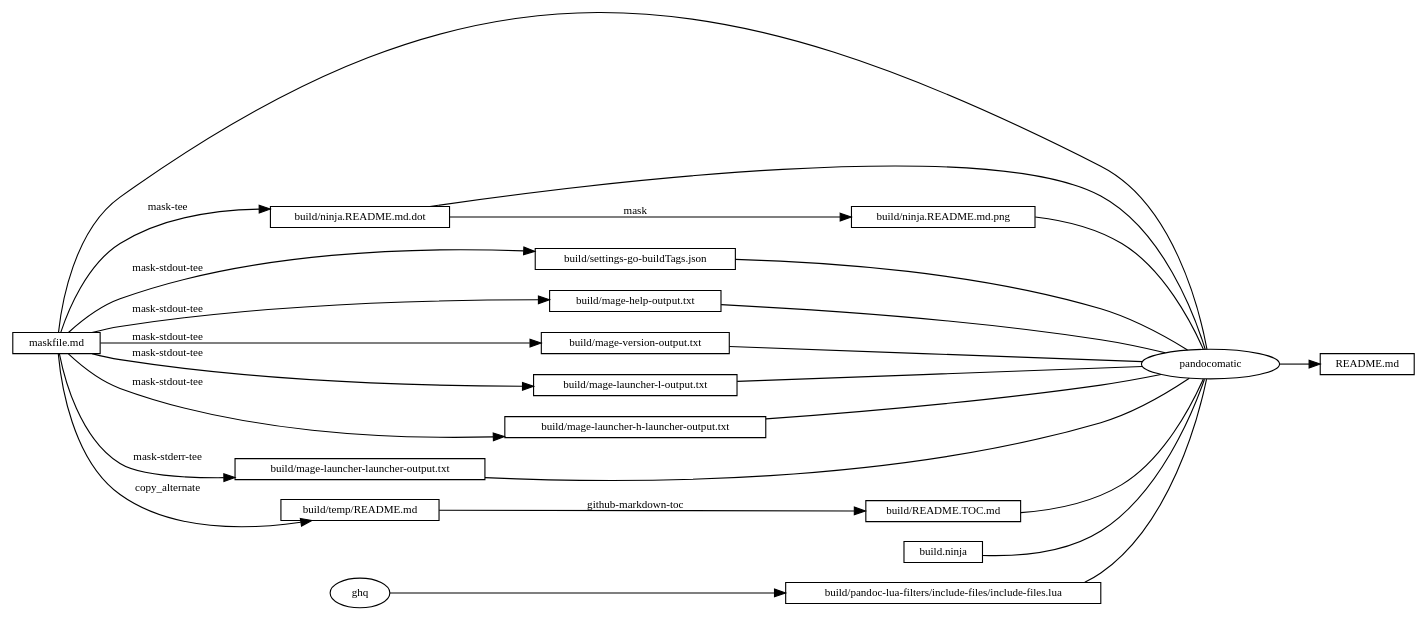
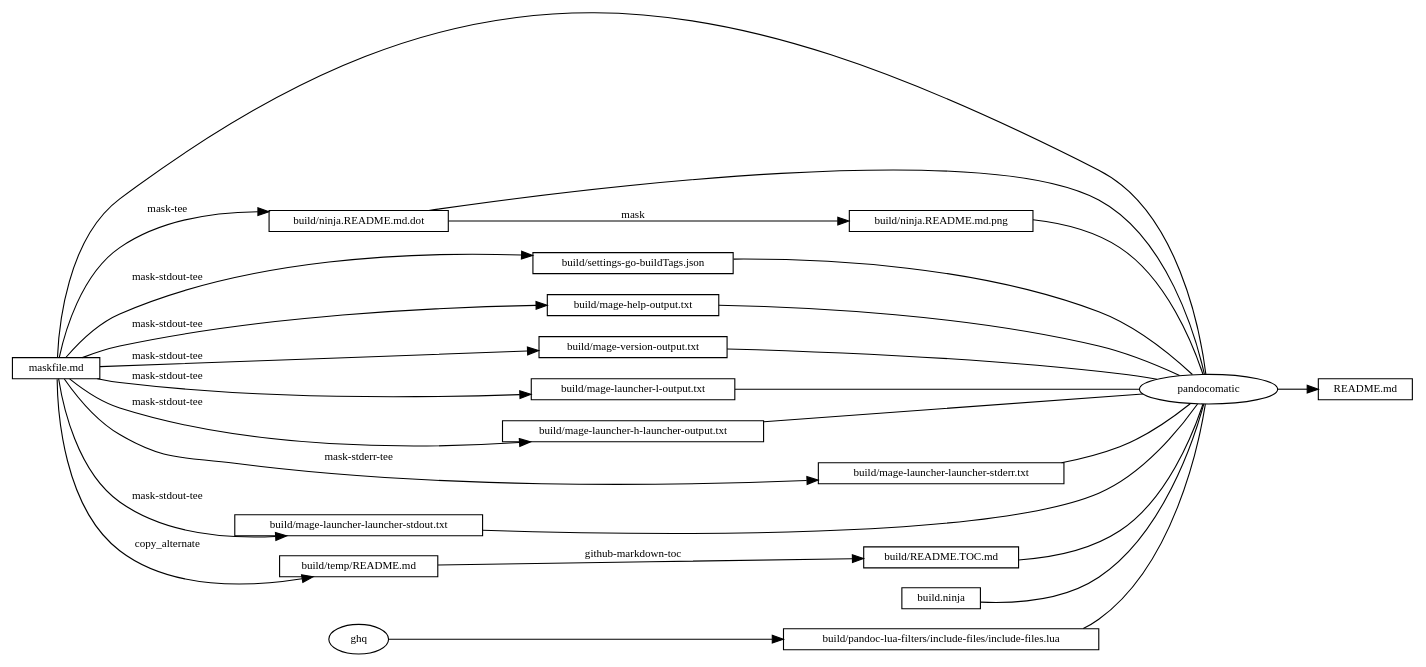
The diagram in mage/build/ninja.README.md.dot (huzhenghui/mask-awesome), drawn with Graphviz before and after one commit. The commit also changed 9 other files, not shown here.

Commit message:
rename stderr and add stdout

```diff
--- a/mage/build/ninja.README.md.dot
+++ b/mage/build/ninja.README.md.dot
@@ -1,45 +1,48 @@
 digraph ninja {
 rankdir="LR"
 node [fontsize=10, shape=box, height=0.25]
 edge [fontsize=10]
-"0x7ff0ff5059a0" [label="README.md"]
-"0x7ff0ff5058e0" [label="pandocomatic", shape=ellipse]
-"0x7ff0ff5058e0" -> "0x7ff0ff5059a0"
-"0x7ff0ff5042b0" -> "0x7ff0ff5058e0" [arrowhead=none]
-"0x7ff0ff505a60" -> "0x7ff0ff5058e0" [arrowhead=none]
-"0x7ff0ff5041f0" -> "0x7ff0ff5058e0" [arrowhead=none]
-"0x7ff0ff504540" -> "0x7ff0ff5058e0" [arrowhead=none]
-"0x7ff0ff504800" -> "0x7ff0ff5058e0" [arrowhead=none]
-"0x7ff0ff504ac0" -> "0x7ff0ff5058e0" [arrowhead=none]
-"0x7ff0ff504d10" -> "0x7ff0ff5058e0" [arrowhead=none]
-"0x7ff0ff504f00" -> "0x7ff0ff5058e0" [arrowhead=none]
-"0x7ff0ff5050b0" -> "0x7ff0ff5058e0" [arrowhead=none]
-"0x7ff0ff505340" -> "0x7ff0ff5058e0" [arrowhead=none]
-"0x7ff0ff505530" -> "0x7ff0ff5058e0" [arrowhead=none]
-"0x7ff0ff5056e0" -> "0x7ff0ff5058e0" [arrowhead=none]
-"0x7ff0ff5042b0" [label="maskfile.md"]
-"0x7ff0ff505a60" [label="build.ninja"]
-"0x7ff0ff5041f0" [label="build/ninja.README.md.dot"]
-"0x7ff0ff5042b0" -> "0x7ff0ff5041f0" [label=" mask-tee"]
-"0x7ff0ff504540" [label="build/ninja.README.md.png"]
-"0x7ff0ff5041f0" -> "0x7ff0ff504540" [label=" mask"]
-"0x7ff0ff504800" [label="build/pandoc-lua-filters/include-files/include-files.lua"]
-"0x7ff0ff504790" [label="ghq", shape=ellipse]
-"0x7ff0ff504790" -> "0x7ff0ff504800"
-"0x7ff0ff504ac0" [label="build/README.TOC.md"]
-"0x7ff0ff5049a0" -> "0x7ff0ff504ac0" [label=" github-markdown-toc"]
-"0x7ff0ff5049a0" [label="build/temp/README.md"]
-"0x7ff0ff5042b0" -> "0x7ff0ff5049a0" [label=" copy_alternate"]
-"0x7ff0ff504d10" [label="build/settings-go-buildTags.json"]
-"0x7ff0ff5042b0" -> "0x7ff0ff504d10" [label=" mask-stdout-tee"]
-"0x7ff0ff504f00" [label="build/mage-help-output.txt"]
-"0x7ff0ff5042b0" -> "0x7ff0ff504f00" [label=" mask-stdout-tee"]
-"0x7ff0ff5050b0" [label="build/mage-version-output.txt"]
-"0x7ff0ff5042b0" -> "0x7ff0ff5050b0" [label=" mask-stdout-tee"]
-"0x7ff0ff505340" [label="build/mage-launcher-l-output.txt"]
-"0x7ff0ff5042b0" -> "0x7ff0ff505340" [label=" mask-stdout-tee"]
-"0x7ff0ff505530" [label="build/mage-launcher-h-launcher-output.txt"]
-"0x7ff0ff5042b0" -> "0x7ff0ff505530" [label=" mask-stdout-tee"]
-"0x7ff0ff5056e0" [label="build/mage-launcher-launcher-output.txt"]
-"0x7ff0ff5042b0" -> "0x7ff0ff5056e0" [label=" mask-stderr-tee"]
+"0x7fe03c408dc0" [label="README.md"]
+"0x7fe03c408d50" [label="pandocomatic", shape=ellipse]
+"0x7fe03c408d50" -> "0x7fe03c408dc0"
+"0x7fe03c407540" -> "0x7fe03c408d50" [arrowhead=none]
+"0x7fe03c4091e0" -> "0x7fe03c408d50" [arrowhead=none]
+"0x7fe03c407490" -> "0x7fe03c408d50" [arrowhead=none]
+"0x7fe03c407700" -> "0x7fe03c408d50" [arrowhead=none]
+"0x7fe03c4079f0" -> "0x7fe03c408d50" [arrowhead=none]
+"0x7fe03c407ca0" -> "0x7fe03c408d50" [arrowhead=none]
+"0x7fe03c407ee0" -> "0x7fe03c408d50" [arrowhead=none]
+"0x7fe03c4080d0" -> "0x7fe03c408d50" [arrowhead=none]
+"0x7fe03c408280" -> "0x7fe03c408d50" [arrowhead=none]
+"0x7fe03c408540" -> "0x7fe03c408d50" [arrowhead=none]
+"0x7fe03c408740" -> "0x7fe03c408d50" [arrowhead=none]
+"0x7fe03c4088f0" -> "0x7fe03c408d50" [arrowhead=none]
+"0x7fe03c408b30" -> "0x7fe03c408d50" [arrowhead=none]
+"0x7fe03c407540" [label="maskfile.md"]
+"0x7fe03c4091e0" [label="build.ninja"]
+"0x7fe03c407490" [label="build/ninja.README.md.dot"]
+"0x7fe03c407540" -> "0x7fe03c407490" [label=" mask-tee"]
+"0x7fe03c407700" [label="build/ninja.README.md.png"]
+"0x7fe03c407490" -> "0x7fe03c407700" [label=" mask"]
+"0x7fe03c4079f0" [label="build/pandoc-lua-filters/include-files/include-files.lua"]
+"0x7fe03c407980" [label="ghq", shape=ellipse]
+"0x7fe03c407980" -> "0x7fe03c4079f0"
+"0x7fe03c407ca0" [label="build/README.TOC.md"]
+"0x7fe03c407b90" -> "0x7fe03c407ca0" [label=" github-markdown-toc"]
+"0x7fe03c407b90" [label="build/temp/README.md"]
+"0x7fe03c407540" -> "0x7fe03c407b90" [label=" copy_alternate"]
+"0x7fe03c407ee0" [label="build/settings-go-buildTags.json"]
+"0x7fe03c407540" -> "0x7fe03c407ee0" [label=" mask-stdout-tee"]
+"0x7fe03c4080d0" [label="build/mage-help-output.txt"]
+"0x7fe03c407540" -> "0x7fe03c4080d0" [label=" mask-stdout-tee"]
+"0x7fe03c408280" [label="build/mage-version-output.txt"]
+"0x7fe03c407540" -> "0x7fe03c408280" [label=" mask-stdout-tee"]
+"0x7fe03c408540" [label="build/mage-launcher-l-output.txt"]
+"0x7fe03c407540" -> "0x7fe03c408540" [label=" mask-stdout-tee"]
+"0x7fe03c408740" [label="build/mage-launcher-h-launcher-output.txt"]
+"0x7fe03c407540" -> "0x7fe03c408740" [label=" mask-stdout-tee"]
+"0x7fe03c4088f0" [label="build/mage-launcher-launcher-stderr.txt"]
+"0x7fe03c407540" -> "0x7fe03c4088f0" [label=" mask-stderr-tee"]
+"0x7fe03c408b30" [label="build/mage-launcher-launcher-stdout.txt"]
+"0x7fe03c407540" -> "0x7fe03c408b30" [label=" mask-stdout-tee"]
 }
```
